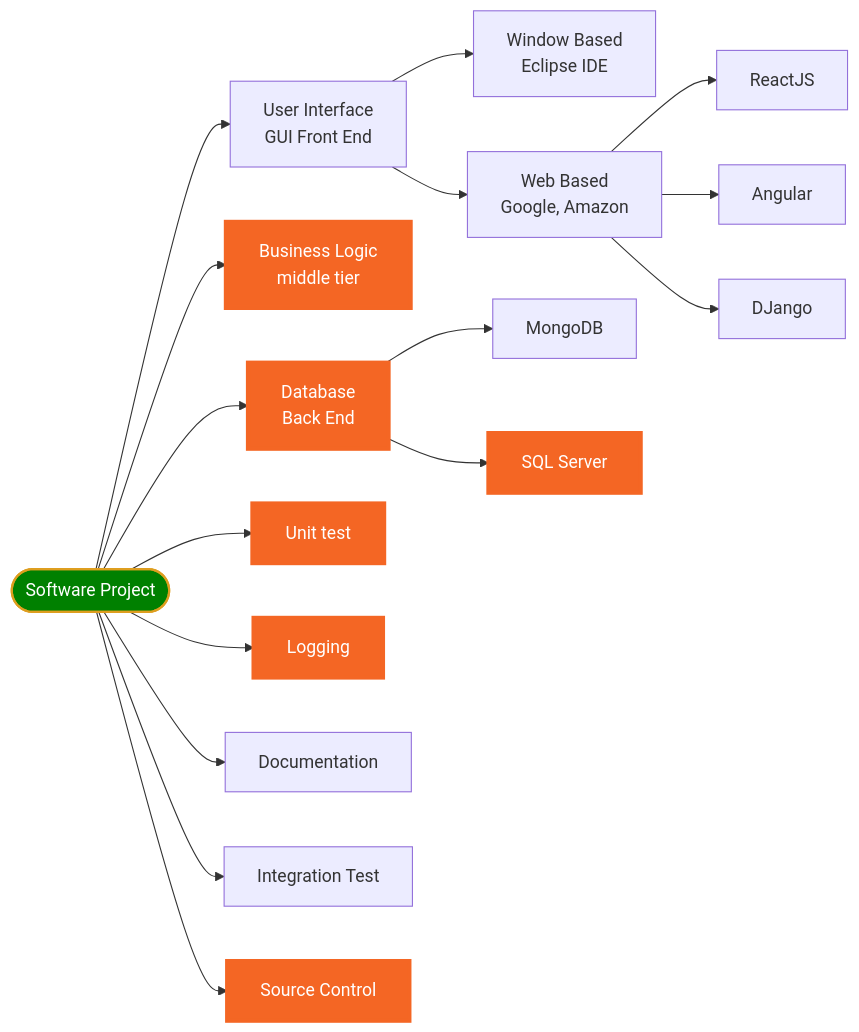
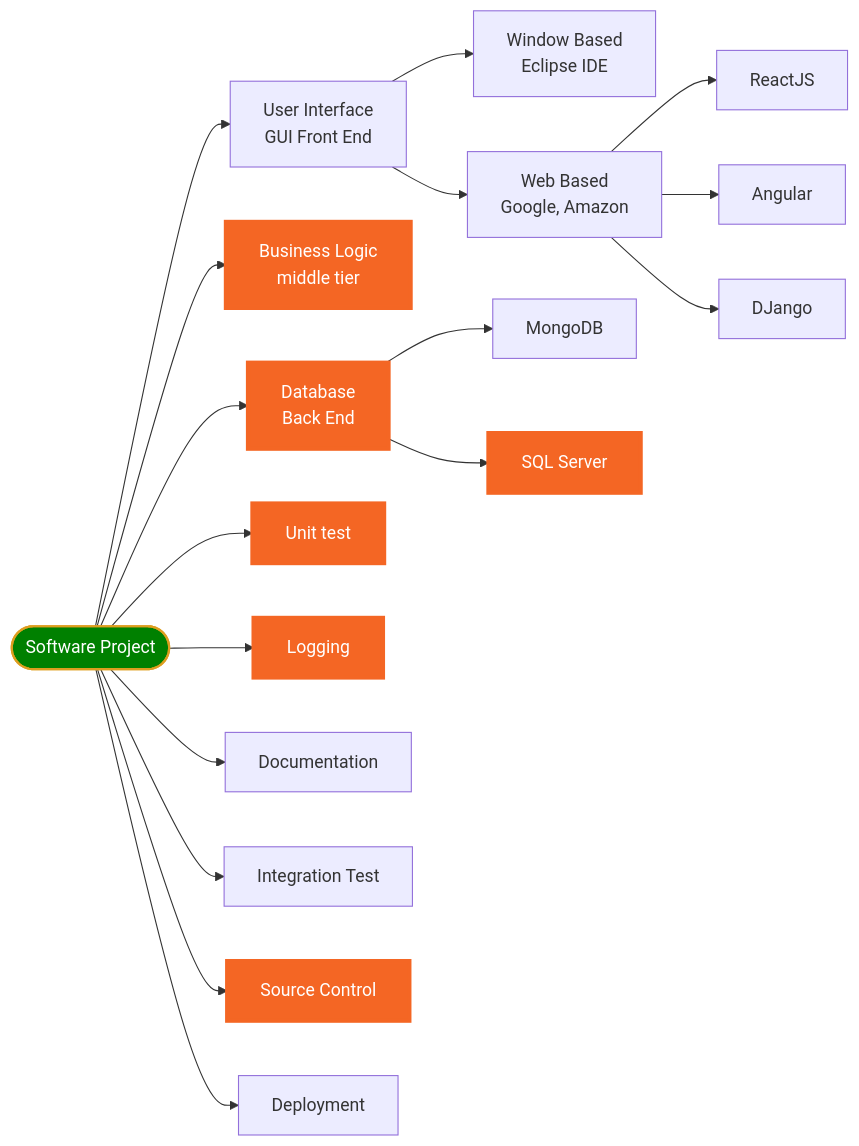
One commit to jwang1122/java changed the third of 6 diagrams in doc/java.md. Above: the diagram before and after it, drawn with Mermaid. The commit also changed other lines of this file and 7 other files, not shown here.

````diff
--- a/doc/java.md
+++ b/doc/java.md
@@ -1221,31 +121,32 @@
 ```mermaid
 graph LR
 
 A([Software Project])
 B[User Interface<br>GUI Front End]
 C[Business Logic<br>middle tier]
 D[Database<br>Back End]
 E[Unit test]
 F[Logging]
 K[Documentation]
 L[Integration Test]
 G[Window Based<br>Eclipse IDE]
 H[Web Based<br>Google, Amazon]
 I[MongoDB]
 J[SQL Server]
 REACT[ReactJS]
 ANGULAR[Angular]
 DJANGO[DJango]
 GIT[Source Control]
+Deploy[Deployment]
 
-A-->B & C & D & E & F & K & L & GIT
+A-->B & C & D & E & F & K & L & GIT & Deploy
 B-->H & G
 D-->I & J
 H-->REACT & ANGULAR & DJANGO
 
 classDef block1 fill:#F46624,stroke:#F46624,stroke-width:4px,color:white;
 classDef start fill:green,stroke:#DE9E1F,stroke-width:2px,color:white;
 
 class A start
 class C,E,F,D,J,GIT block1
 ```
````
